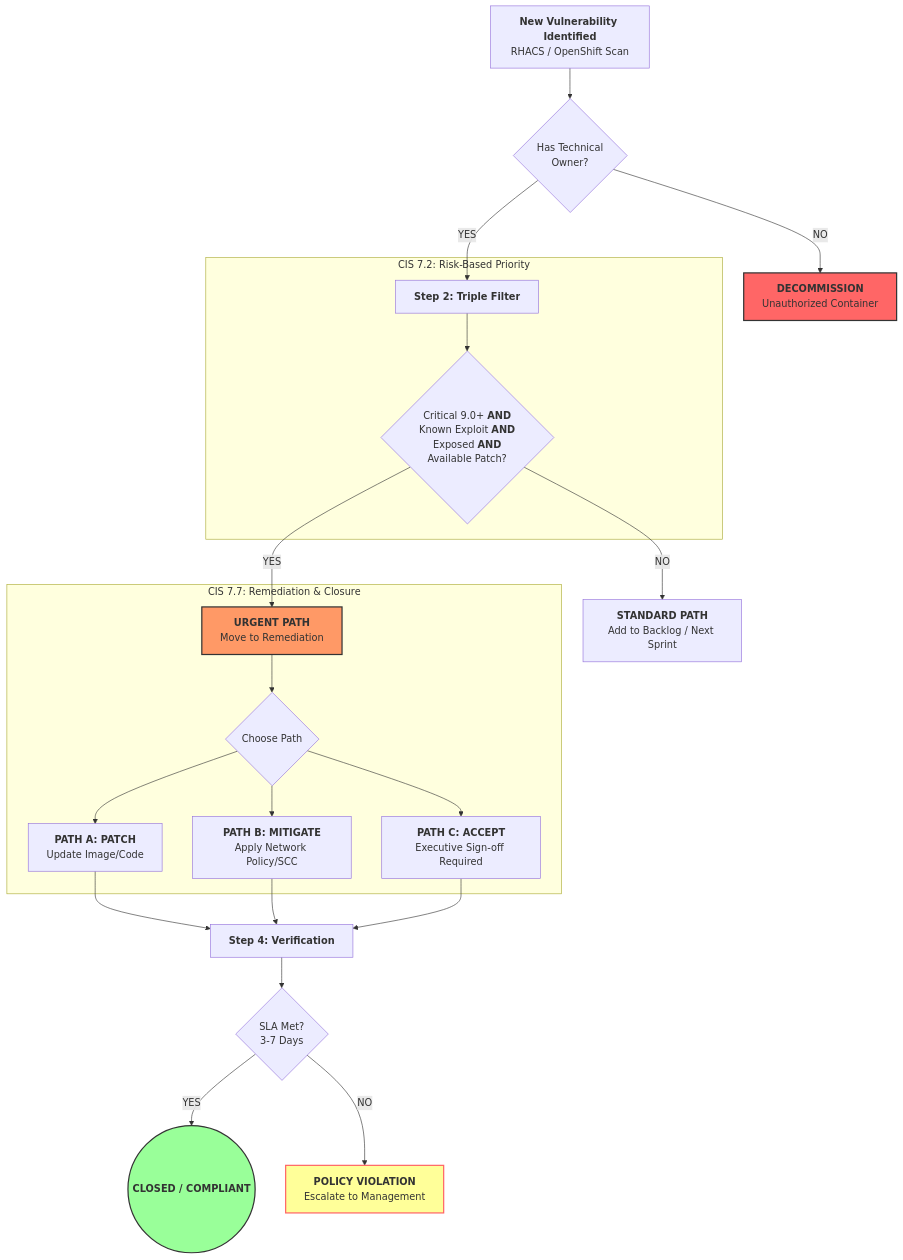
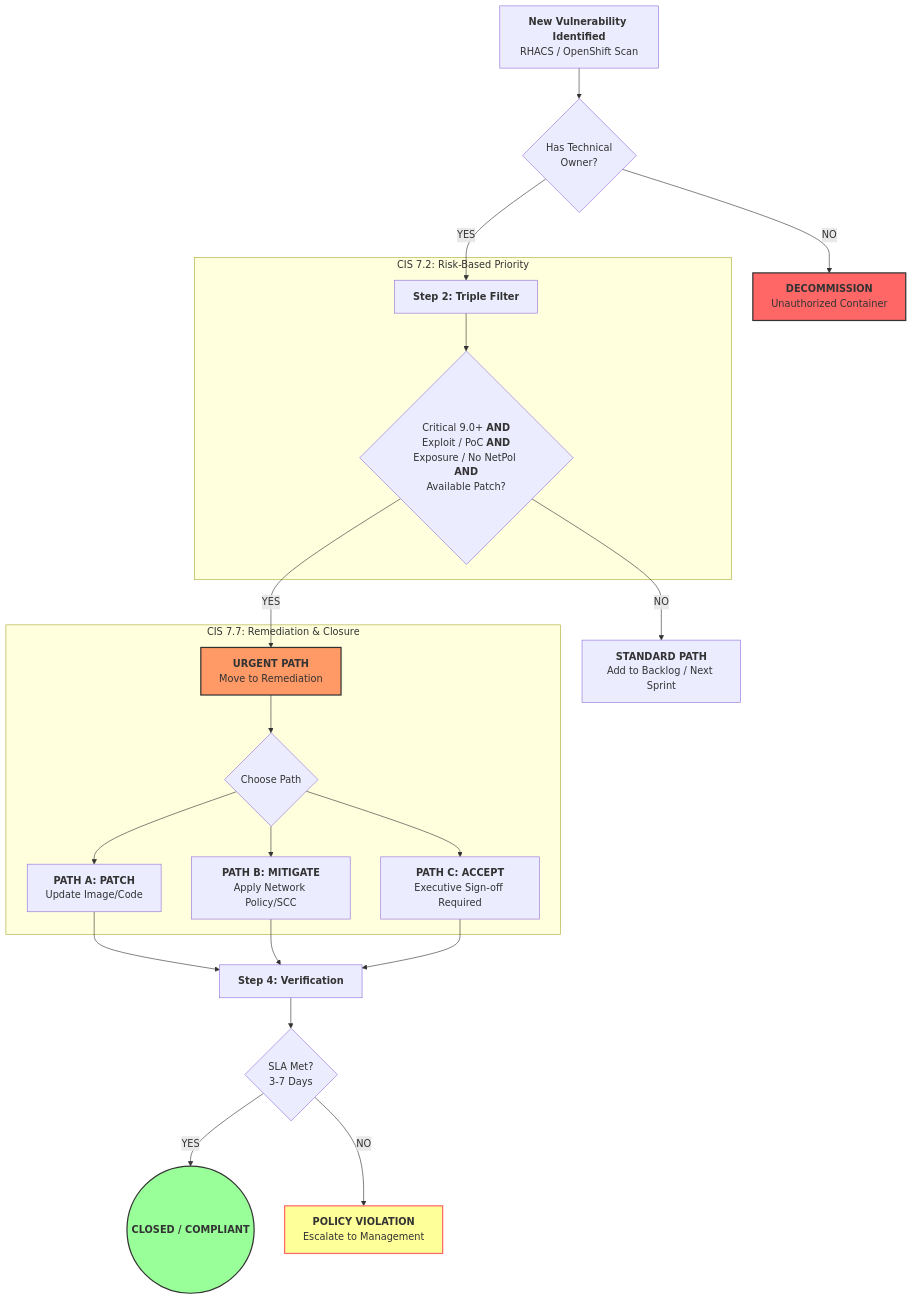
The diagram in use_cases/cis/cis-ContinuousVulnerabilityManagement.md (ralvares/security-demos), drawn with Mermaid before and after one commit. The commit also changed other lines of this file, not shown here.

````diff
--- a/use_cases/cis/cis-ContinuousVulnerabilityManagement.md
+++ b/use_cases/cis/cis-ContinuousVulnerabilityManagement.md
@@ -58,39 +58,39 @@
 ```mermaid
 graph TD
     %% Step 1: Detection
     A[<b>New Vulnerability Identified</b><br/>RHACS / OpenShift Scan] --> B{Has Technical<br/>Owner?}
     B -- NO --> C[<b>DECOMMISSION</b><br/>Unauthorized Container]
     B -- YES --> D[<b>Step 2: Triple Filter</b>]
 
     %% Step 2: Triage
     subgraph Triage_Logic [CIS 7.2: Risk-Based Priority]
-    D --> E{Critical 9.0+ <b>AND</b><br/>Known Exploit <b>AND</b><br/>Exposed <b>AND</b><br/>Available Patch?}
+    D --> E{Critical 9.0+ <b>AND</b><br/>Exploit / PoC <b>AND</b><br/>Exposure / No NetPol <b>AND</b><br/>Available Patch?}
     end
 
     E -- NO --> F[<b>STANDARD PATH</b><br/>Add to Backlog / Next Sprint]
     E -- YES --> G[<b>URGENT PATH</b><br/>Move to Remediation]
 
     %% Step 3: Remediation
     subgraph Remediation_Options [CIS 7.7: Remediation & Closure]
     G --> H{Choose Path}
     H --> I[<b>PATH A: PATCH</b><br/>Update Image/Code]
     H --> J[<b>PATH B: MITIGATE</b><br/>Apply Network Policy/SCC]
     H --> K[<b>PATH C: ACCEPT</b><br/>Executive Sign-off Required]
     end
 
     I --> L[<b>Step 4: Verification</b>]
     J --> L
     K --> L
 
     %% Step 4: Verification & SLA
     L --> M{SLA Met?<br/>3-7 Days}
     M -- YES --> N((<b>CLOSED / COMPLIANT</b>))
     M -- NO --> O[<b>POLICY VIOLATION</b><br/>Escalate to Management]
 
     %% Styling
     style C fill:#f66,stroke:#333,stroke-width:2px
     style N fill:#9f9,stroke:#333,stroke-width:2px
     style O fill:#ff9,stroke:#f66,stroke-width:2px
     style G fill:#f96,stroke:#333,stroke-width:2px
 
 ```
````
